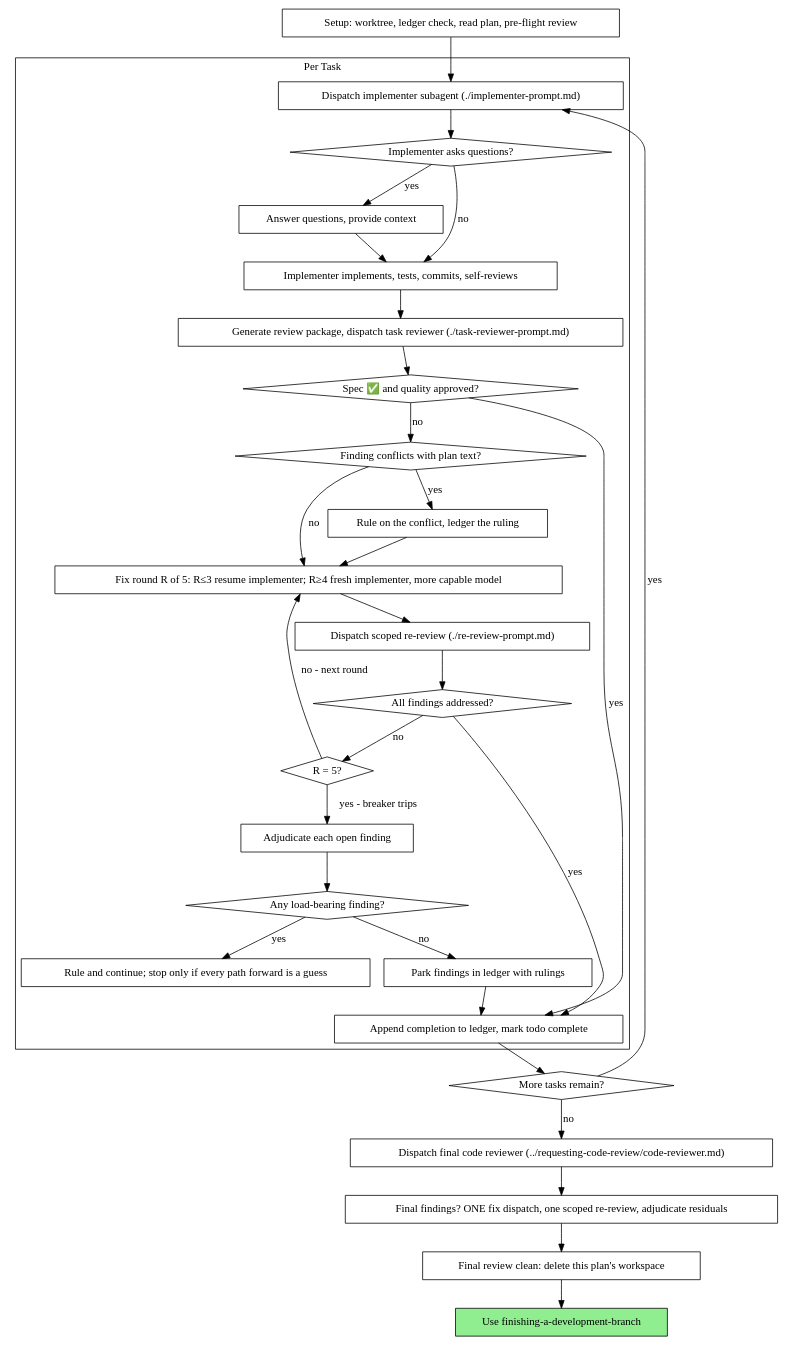
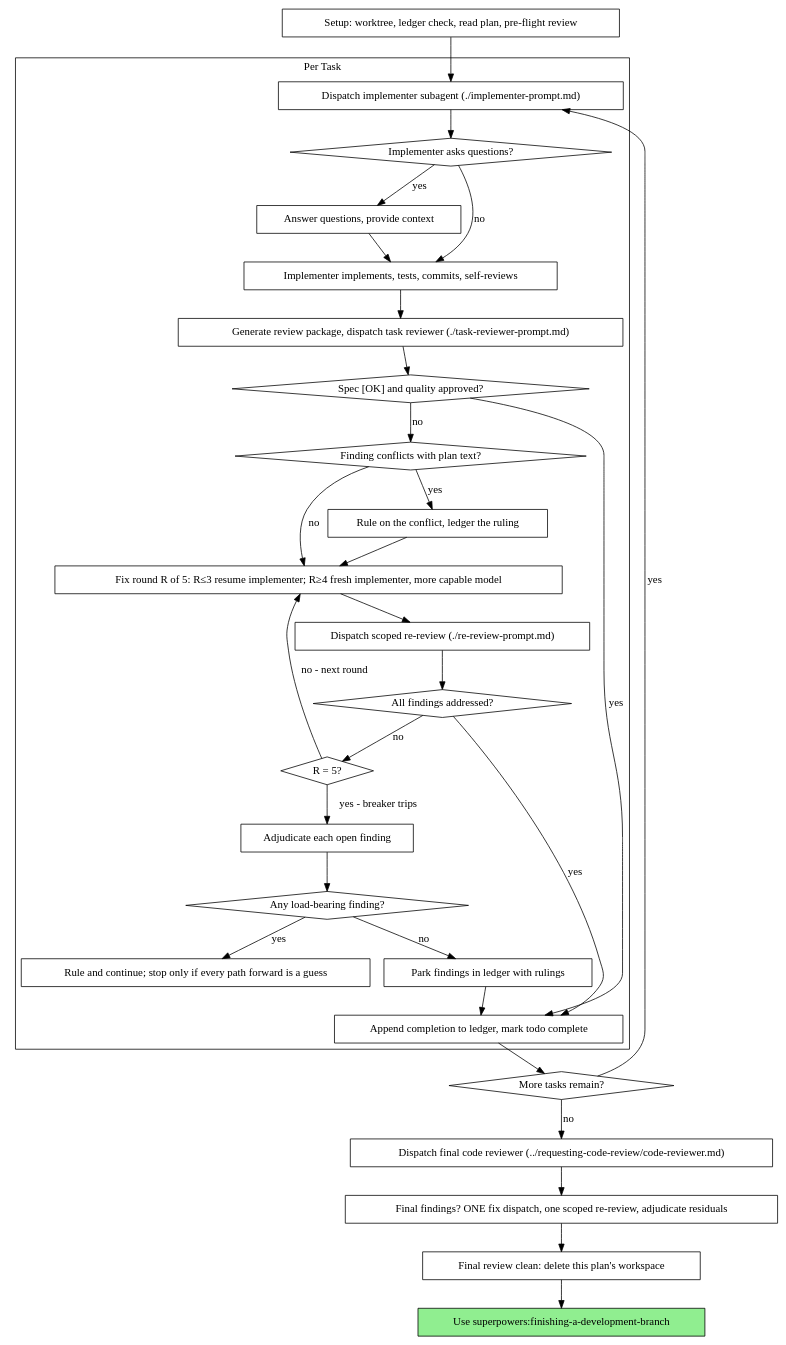
The second of 2 diagrams in assets/methods/superpowers-dsh/subagent-driven-development/SKILL.md (AlleinLin/dsh-noemaloom), drawn with Graphviz before and after one commit. The commit also changed other lines of this file and 1023 other files, not shown here.

````diff
--- a/assets/methods/superpowers-dsh/subagent-driven-development/SKILL.md
+++ b/assets/methods/superpowers-dsh/subagent-driven-development/SKILL.md
@@ -61,62 +63,62 @@
 ```dot
 digraph process {
     rankdir=TB;
 
     subgraph cluster_per_task {
         label="Per Task";
         "Dispatch implementer subagent (./implementer-prompt.md)" [shape=box];
         "Implementer asks questions?" [shape=diamond];
         "Answer questions, provide context" [shape=box];
         "Implementer implements, tests, commits, self-reviews" [shape=box];
         "Generate review package, dispatch task reviewer (./task-reviewer-prompt.md)" [shape=box];
-        "Spec ✅ and quality approved?" [shape=diamond];
+        "Spec [OK] and quality approved?" [shape=diamond];
         "Finding conflicts with plan text?" [shape=diamond];
         "Rule on the conflict, ledger the ruling" [shape=box];
         "Fix round R of 5: R≤3 resume implementer; R≥4 fresh implementer, more capable model" [shape=box];
         "Dispatch scoped re-review (./re-review-prompt.md)" [shape=box];
         "All findings addressed?" [shape=diamond];
         "R = 5?" [shape=diamond];
         "Adjudicate each open finding" [shape=box];
         "Any load-bearing finding?" [shape=diamond];
         "Rule and continue; stop only if every path forward is a guess" [shape=box];
         "Park findings in ledger with rulings" [shape=box];
         "Append completion to ledger, mark todo complete" [shape=box];
     }
 
     "Setup: worktree, ledger check, read plan, pre-flight review" [shape=box];
     "More tasks remain?" [shape=diamond];
     "Dispatch final code reviewer (../requesting-code-review/code-reviewer.md)" [shape=box];
     "Final findings? ONE fix dispatch, one scoped re-review, adjudicate residuals" [shape=box];
     "Final review clean: delete this plan's workspace" [shape=box];
-    "Use finishing-a-development-branch" [shape=box style=filled fillcolor=lightgreen];
+    "Use superpowers:finishing-a-development-branch" [shape=box style=filled fillcolor=lightgreen];
 
     "Setup: worktree, ledger check, read plan, pre-flight review" -> "Dispatch implementer subagent (./implementer-prompt.md)";
     "Dispatch implementer subagent (./implementer-prompt.md)" -> "Implementer asks questions?";
     "Implementer asks questions?" -> "Answer questions, provide context" [label="yes"];
     "Answer questions, provide context" -> "Implementer implements, tests, commits, self-reviews";
     "Implementer asks questions?" -> "Implementer implements, tests, commits, self-reviews" [label="no"];
     "Implementer implements, tests, commits, self-reviews" -> "Generate review package, dispatch task reviewer (./task-reviewer-prompt.md)";
-    "Generate review package, dispatch task reviewer (./task-reviewer-prompt.md)" -> "Spec ✅ and quality approved?";
-    "Spec ✅ and quality approved?" -> "Append completion to ledger, mark todo complete" [label="yes"];
-    "Spec ✅ and quality approved?" -> "Finding conflicts with plan text?" [label="no"];
+    "Generate review package, dispatch task reviewer (./task-reviewer-prompt.md)" -> "Spec [OK] and quality approved?";
+    "Spec [OK] and quality approved?" -> "Append completion to ledger, mark todo complete" [label="yes"];
+    "Spec [OK] and quality approved?" -> "Finding conflicts with plan text?" [label="no"];
     "Finding conflicts with plan text?" -> "Rule on the conflict, ledger the ruling" [label="yes"];
     "Rule on the conflict, ledger the ruling" -> "Fix round R of 5: R≤3 resume implementer; R≥4 fresh implementer, more capable model";
     "Finding conflicts with plan text?" -> "Fix round R of 5: R≤3 resume implementer; R≥4 fresh implementer, more capable model" [label="no"];
     "Fix round R of 5: R≤3 resume implementer; R≥4 fresh implementer, more capable model" -> "Dispatch scoped re-review (./re-review-prompt.md)";
     "Dispatch scoped re-review (./re-review-prompt.md)" -> "All findings addressed?";
     "All findings addressed?" -> "Append completion to ledger, mark todo complete" [label="yes"];
     "All findings addressed?" -> "R = 5?" [label="no"];
     "R = 5?" -> "Fix round R of 5: R≤3 resume implementer; R≥4 fresh implementer, more capable model" [label="no - next round"];
     "R = 5?" -> "Adjudicate each open finding" [label="yes - breaker trips"];
     "Adjudicate each open finding" -> "Any load-bearing finding?";
     "Any load-bearing finding?" -> "Rule and continue; stop only if every path forward is a guess" [label="yes"];
     "Any load-bearing finding?" -> "Park findings in ledger with rulings" [label="no"];
     "Park findings in ledger with rulings" -> "Append completion to ledger, mark todo complete";
     "Append completion to ledger, mark todo complete" -> "More tasks remain?";
     "More tasks remain?" -> "Dispatch implementer subagent (./implementer-prompt.md)" [label="yes"];
     "More tasks remain?" -> "Dispatch final code reviewer (../requesting-code-review/code-reviewer.md)" [label="no"];
     "Dispatch final code reviewer (../requesting-code-review/code-reviewer.md)" -> "Final findings? ONE fix dispatch, one scoped re-review, adjudicate residuals";
     "Final findings? ONE fix dispatch, one scoped re-review, adjudicate residuals" -> "Final review clean: delete this plan's workspace";
-    "Final review clean: delete this plan's workspace" -> "Use finishing-a-development-branch";
+    "Final review clean: delete this plan's workspace" -> "Use superpowers:finishing-a-development-branch";
 }
 ```
````
